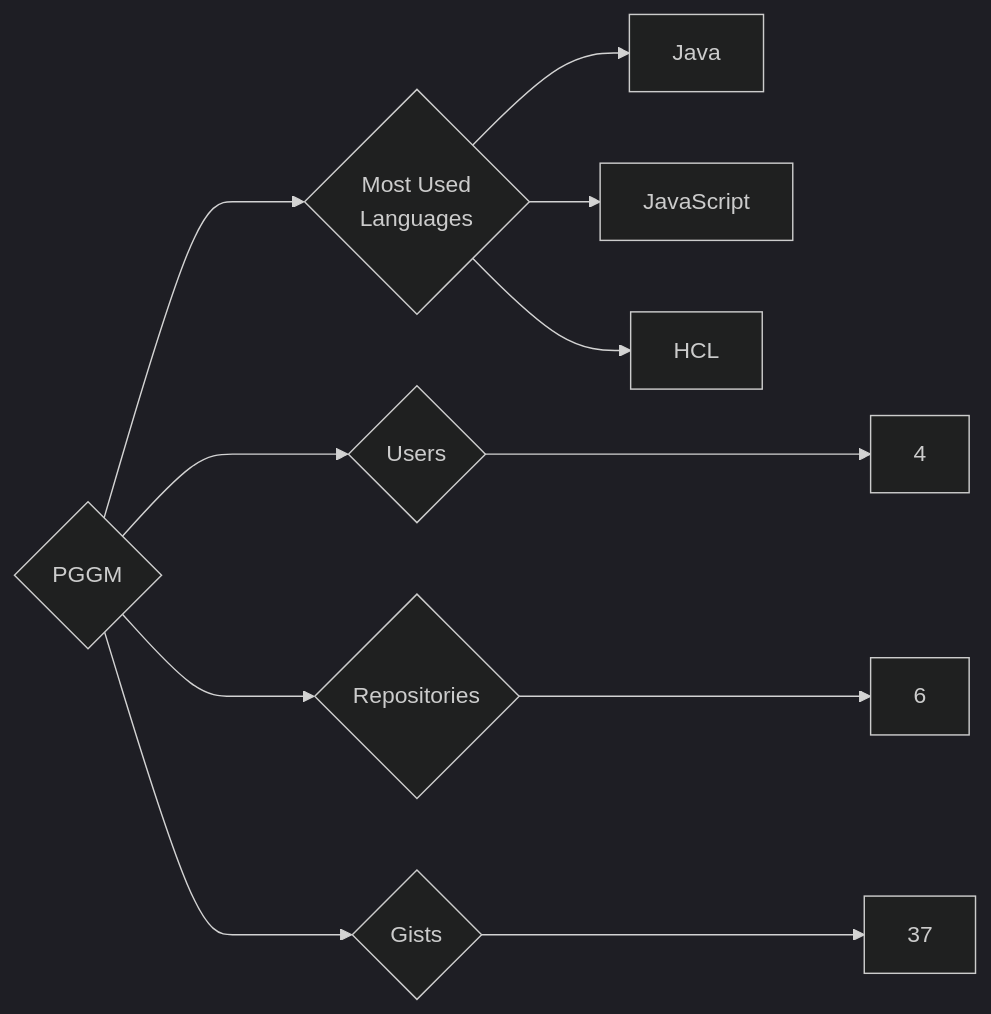
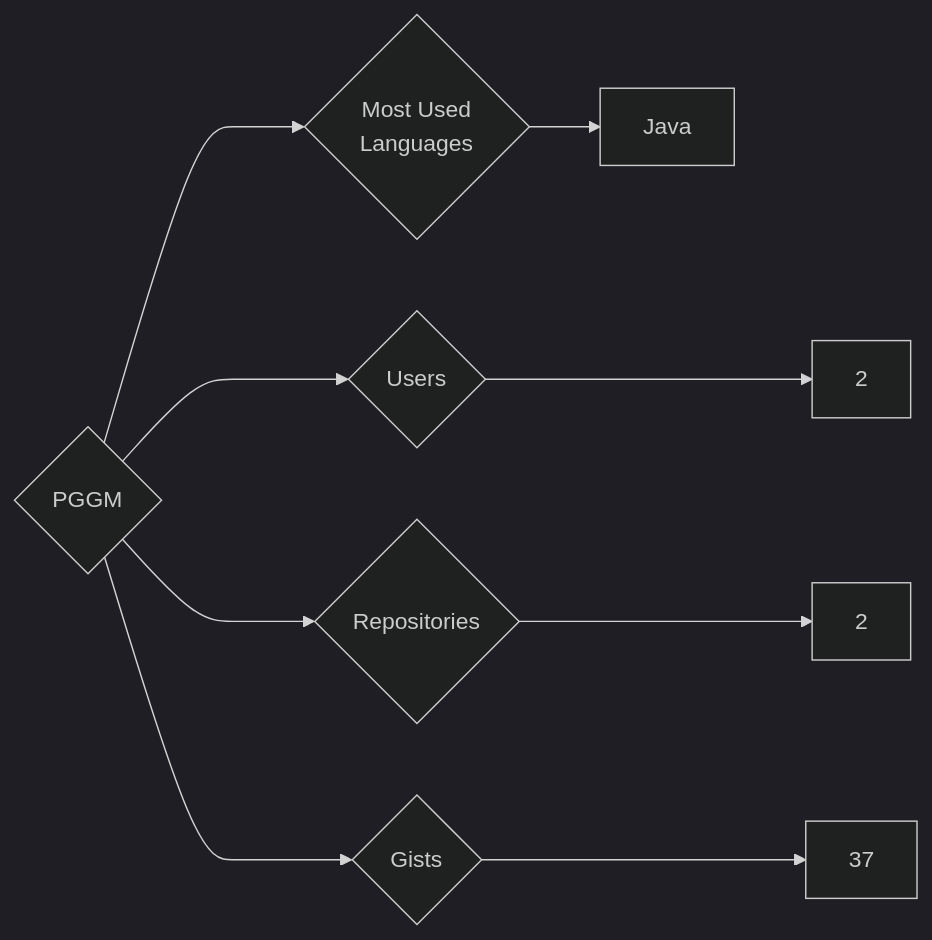
Before and after one commit to trickest/insiders: the diagram in targets/PGGM/README.md, drawn with Mermaid (dark theme). The commit also changed 1248 other files, not shown here.

````diff
--- a/targets/PGGM/README.md
+++ b/targets/PGGM/README.md
@@ -3,11 +3,9 @@
 ```mermaid
 graph LR
 COMPANY_NAME{PGGM}
-COMPANY_NAME ---> U{Users} ---> UN[4]
-COMPANY_NAME ---> R{Repositories} ---> RN[6]
+COMPANY_NAME ---> U{Users} ---> UN[2]
+COMPANY_NAME ---> R{Repositories} ---> RN[2]
 COMPANY_NAME ---> G{Gists} ---> GN[37]
 COMPANY_NAME ---> ML{Most Used<br>Languages}
 ML --> Java[Java]
-ML --> JavaScript[JavaScript]
-ML --> HCL[HCL]
 ```
````
